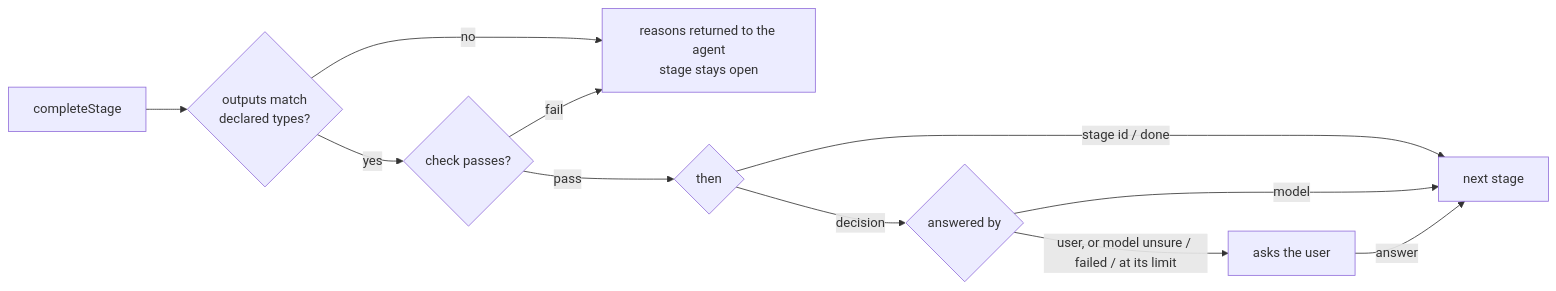
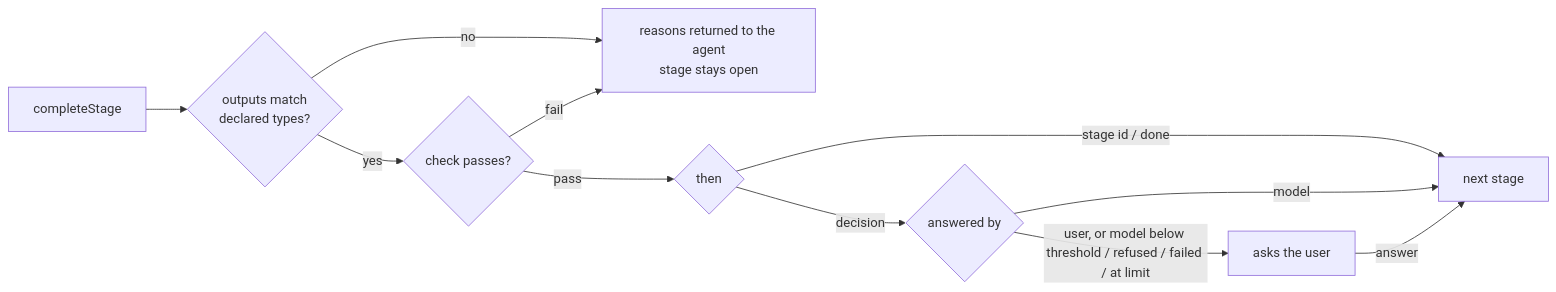
One commit to Kapps/weavie changed the second of 2 diagrams in docs/specs/workflows.md. Above: the diagram before and after it, drawn with Mermaid. The commit also changed other lines of this file and 37 other files, not shown here.

````diff
--- a/docs/specs/workflows.md
+++ b/docs/specs/workflows.md
@@ -281,13 +281,13 @@
 ```mermaid
 flowchart LR
   C[completeStage] --> O{outputs match<br/>declared types?}
   O -- no --> R[reasons returned to the agent<br/>stage stays open]
   O -- yes --> K{check passes?}
   K -- fail --> R
   K -- pass --> T{then}
   T -- stage id / done --> N[next stage]
   T -- decision --> D{answered by}
   D -- model --> N
-  D -- "user, or model unsure / failed / at its limit" --> U[asks the user]
+  D -- "user, or model below threshold / refused / failed / at limit" --> U[asks the user]
   U -- answer --> N
 ```
````
